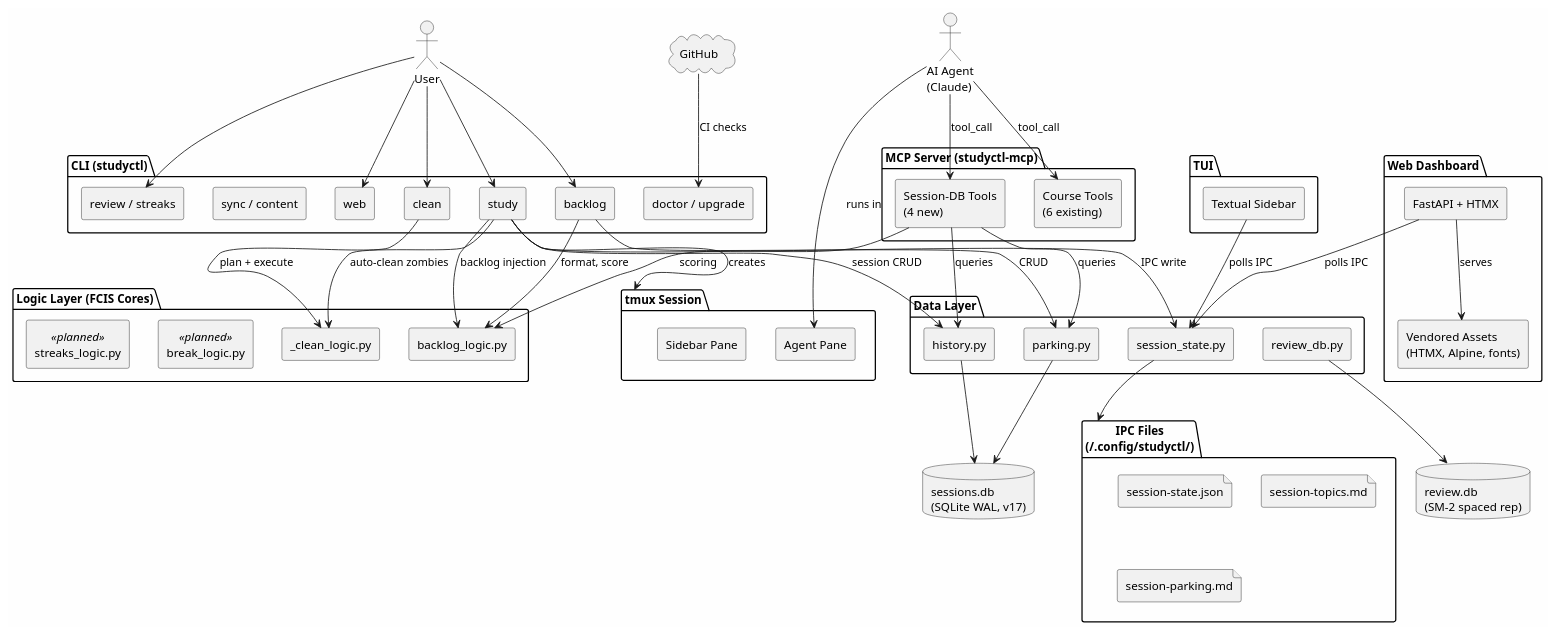
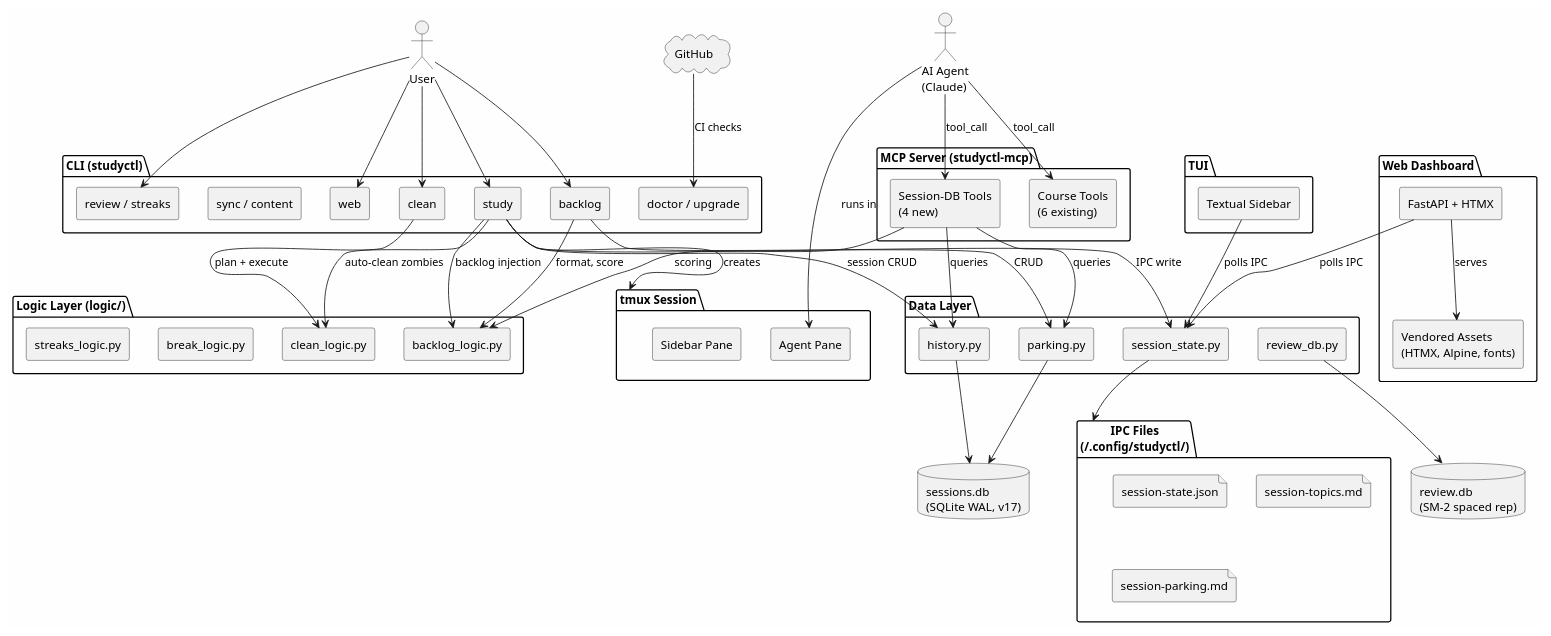
The first of 5 diagrams in docs/architecture/system-overview.md (NetDevAutomate/StudyLoop), drawn with PlantUML before and after one commit. The commit also changed other lines of this file and 4 other files, not shown here.

First line of the commit message:
docs: update architecture, roadmap, and test counts for v2.2 completion

```diff
--- a/docs/architecture/system-overview.md
+++ b/docs/architecture/system-overview.md
@@ -29,11 +29,11 @@
     [Session-DB Tools\n(4 new)] as MCPSession
 }
 
-package "Logic Layer (FCIS Cores)" {
+package "Logic Layer (logic/)" {
     [backlog_logic.py] as BL
-    [_clean_logic.py] as CL
-    [break_logic.py] as BRK <<planned>>
-    [streaks_logic.py] as SL <<planned>>
+    [clean_logic.py] as CL
+    [break_logic.py] as BRK
+    [streaks_logic.py] as SL
 }
 
 package "Data Layer" {
```
